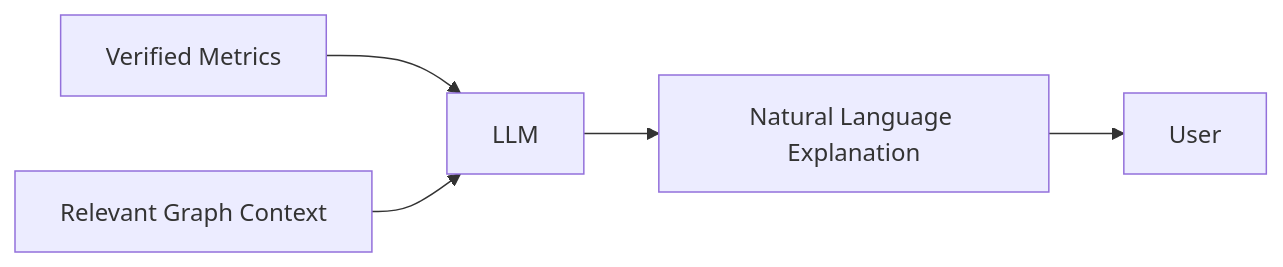
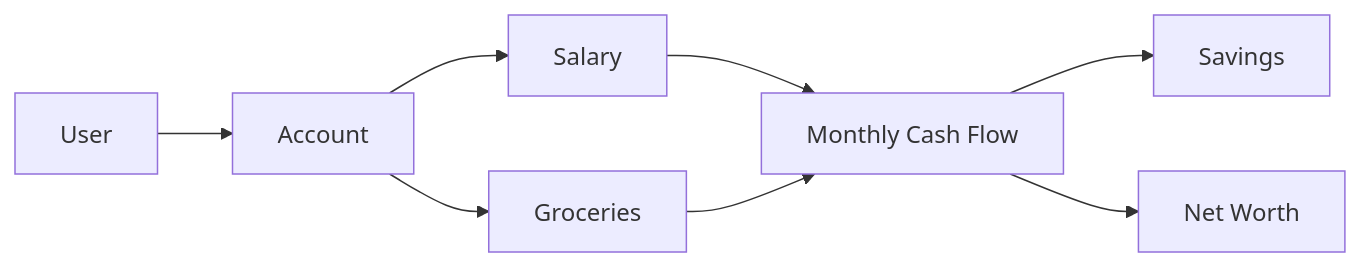
One commit to ShlokMishra01/Fintech-assistant-model-with-neo4j-and-Python changed the ninth of 11 diagrams in README.md. Above: the diagram before and after it, drawn with Mermaid. The commit also changed other lines of this file, not shown here.

````diff
--- a/README.md
+++ b/README.md
@@ -599,10 +670,16 @@
 ```mermaid
 flowchart LR
 
-    A["Verified Metrics"] --> C["LLM"]
-    B["Relevant Graph Context"] --> C
+    U["User"]
 
-    C --> D["Natural Language Explanation"]
+    U --> A["Account"]
 
-    D --> E["User"]
+    A --> I["Salary"]
+    A --> E["Groceries"]
+
+    I --> M["Monthly Cash Flow"]
+    E --> M
+
+    M --> S["Savings"]
+    M --> N["Net Worth"]
 ```
````
